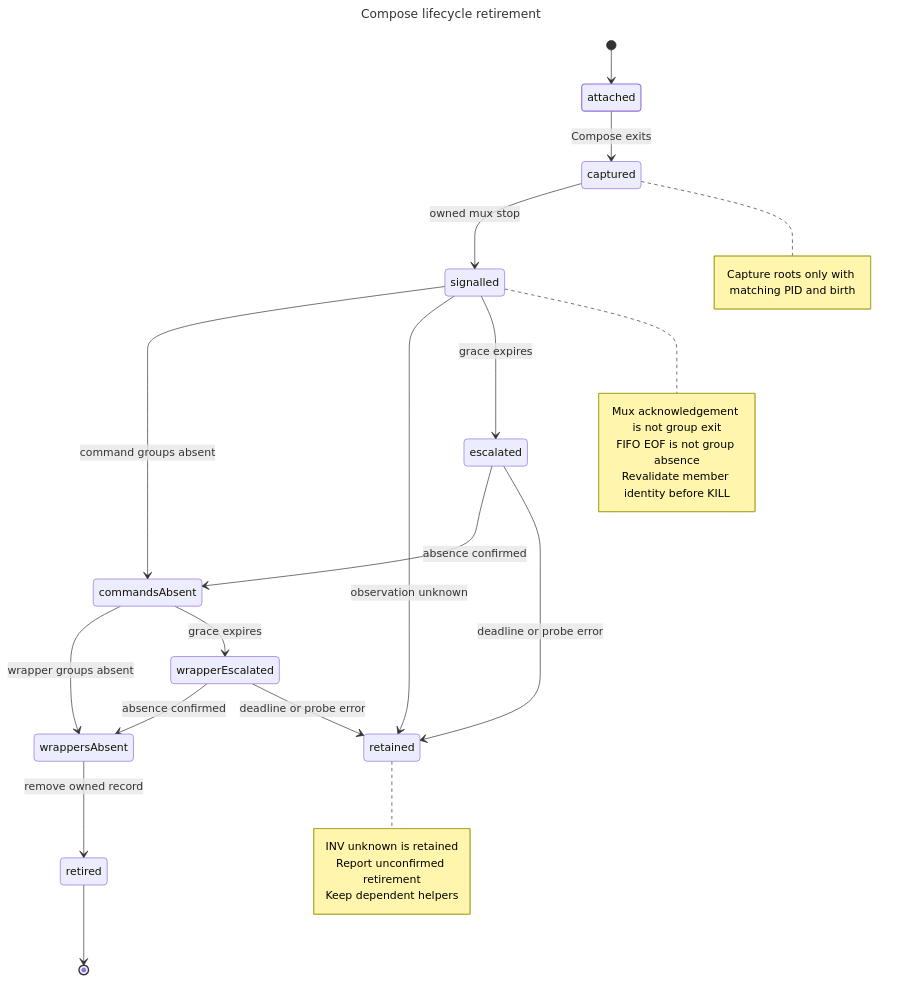
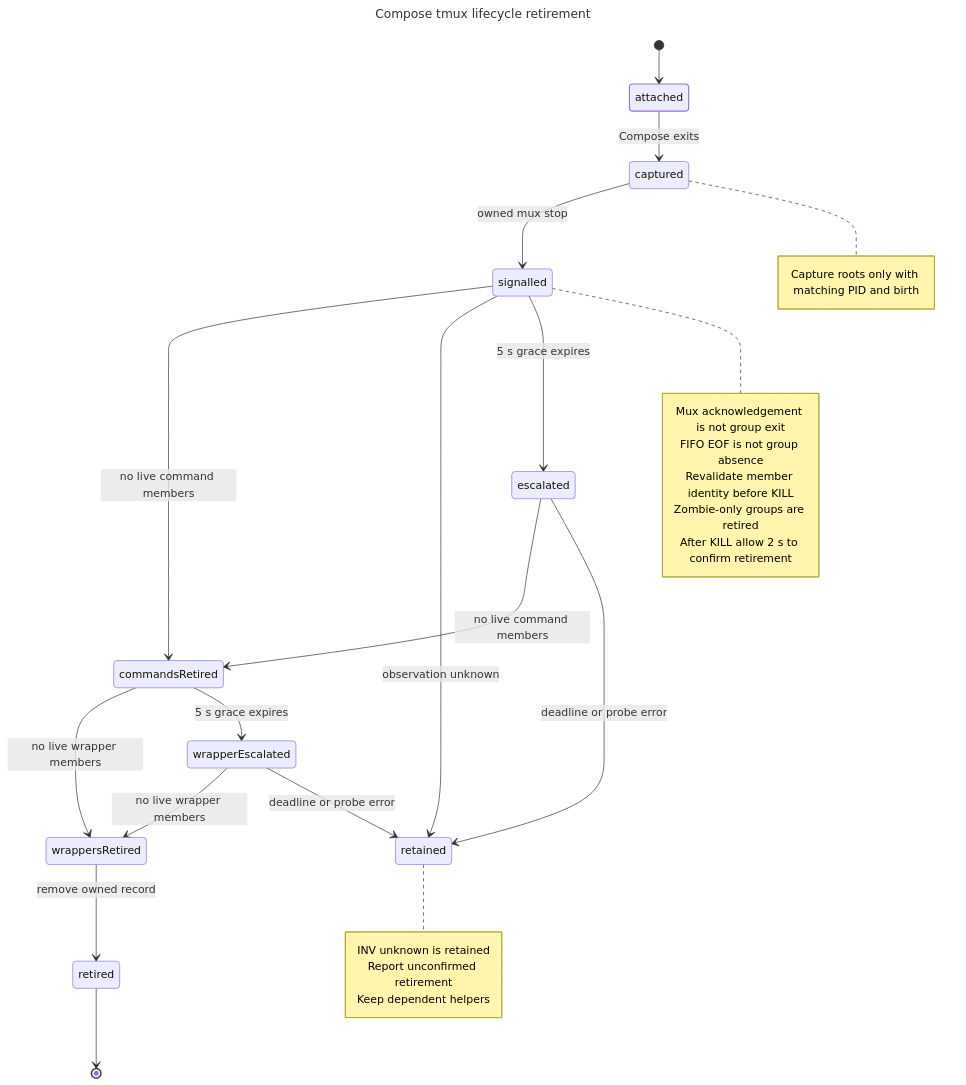
One commit to hack-dance/hack changed the diagram in docs/diagrams/compose-lifecycle-retirement.mmd. Above: the diagram before and after it, drawn with Mermaid. The commit also changed 17 other files, not shown here.

Commit message:
fix(lifecycle): allow graceful exit and retire zombie-only groups

```diff
--- a/docs/diagrams/compose-lifecycle-retirement.mmd
+++ b/docs/diagrams/compose-lifecycle-retirement.mmd
@@ -1,37 +1,39 @@
 ---
-title: Compose lifecycle retirement
+title: Compose tmux lifecycle retirement
 ---
 stateDiagram-v2
   direction TB
   [*] --> attached
   attached --> captured : Compose exits
   captured --> signalled : owned mux stop
-  signalled --> commandsAbsent : command groups absent
+  signalled --> commandsRetired : no live command members
   signalled --> retained : observation unknown
-  signalled --> escalated : grace expires
-  escalated --> commandsAbsent : absence confirmed
+  signalled --> escalated : 5 s grace expires
+  escalated --> commandsRetired : no live command members
   escalated --> retained : deadline or probe error
-  commandsAbsent --> wrappersAbsent : wrapper groups absent
-  commandsAbsent --> wrapperEscalated : grace expires
-  wrapperEscalated --> wrappersAbsent : absence confirmed
+  commandsRetired --> wrappersRetired : no live wrapper members
+  commandsRetired --> wrapperEscalated : 5 s grace expires
+  wrapperEscalated --> wrappersRetired : no live wrapper members
   wrapperEscalated --> retained : deadline or probe error
-  wrappersAbsent --> retired : remove owned record
+  wrappersRetired --> retired : remove owned record
   retired --> [*]
   note right of retained
     INV unknown is retained
     Report unconfirmed retirement
     Keep dependent helpers
   end note
   note right of signalled
     Mux acknowledgement is not group exit
     FIFO EOF is not group absence
     Revalidate member identity before KILL
+    Zombie-only groups are retired
+    After KILL allow 2 s to confirm retirement
   end note
   note right of captured
     Capture roots only with matching PID and birth
   end note
   classDef live stroke-width:1.6px
   class attached live
-  class signalled,escalated,commandsAbsent,wrapperEscalated wait
-  class wrappersAbsent,retired ok
+  class signalled,escalated,commandsRetired,wrapperEscalated wait
+  class wrappersRetired,retired ok
   class retained fail
```
